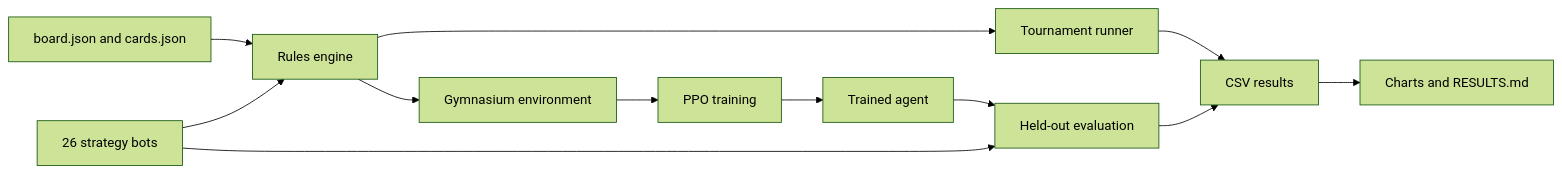
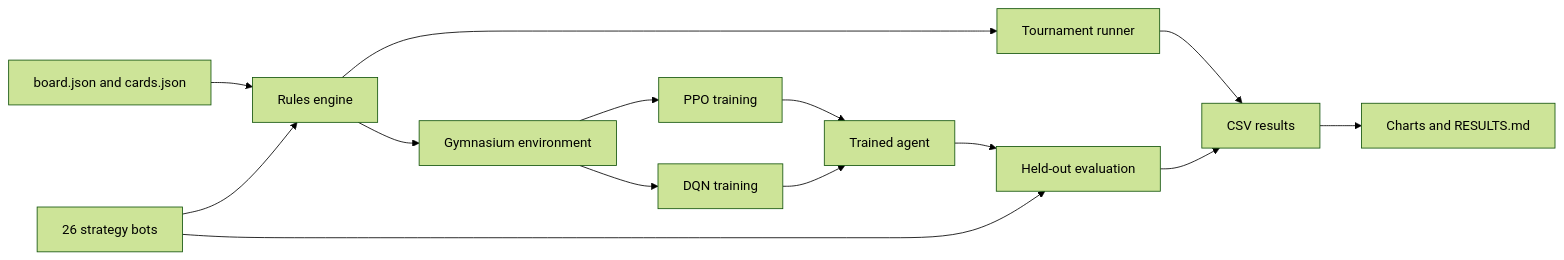
One commit to DhemanthN/saltmarket_Monopoly_bot changed the diagram in README.md. Above: the diagram before and after it, drawn with Mermaid (forest theme). The commit also changed other lines of this file and 4 other files, not shown here.

````diff
--- a/README.md
+++ b/README.md
@@ -50,14 +55,16 @@
 ```mermaid
 flowchart LR
     data[board.json and cards.json] --> engine[Rules engine]
     bots[26 strategy bots] --> engine
     engine --> sim[Tournament runner]
     engine --> env[Gymnasium environment]
     env --> ppo[PPO training]
     ppo --> model[Trained agent]
+    env --> dqn[DQN training]
+    dqn --> model
     model --> eval[Held-out evaluation]
     bots --> eval
     sim --> results[CSV results]
     eval --> results
     results --> charts[Charts and RESULTS.md]
 ```
````
